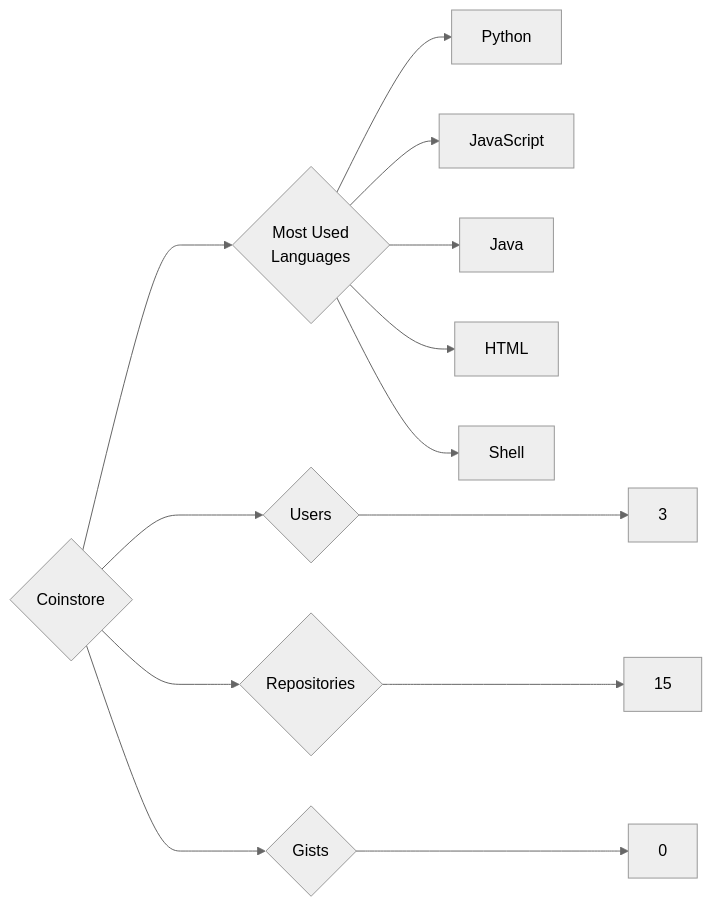
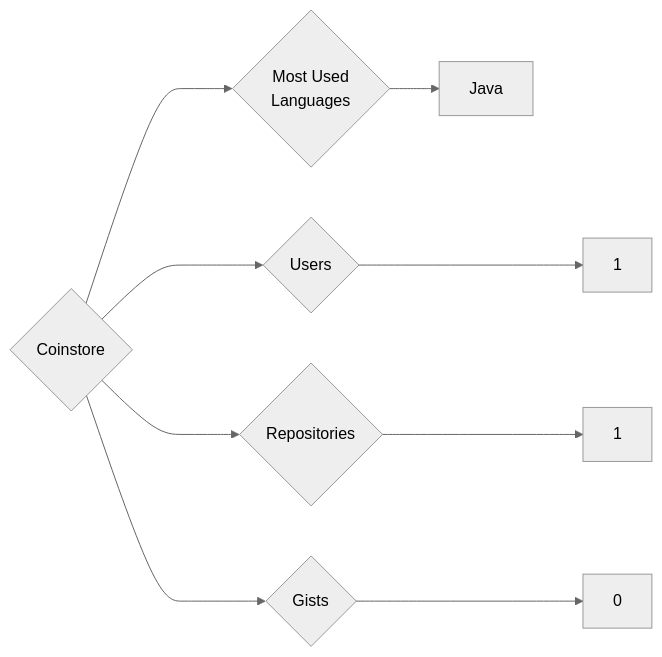
The diagram in targets/Coinstore/README.md (trickest/insiders), drawn with Mermaid (neutral theme) before and after one commit. The commit also changed 912 other files, not shown here.

````diff
--- a/targets/Coinstore/README.md
+++ b/targets/Coinstore/README.md
@@ -3,13 +3,9 @@
 ```mermaid
 graph LR
 COMPANY_NAME{Coinstore}
-COMPANY_NAME ---> U{Users} ---> UN[3]
-COMPANY_NAME ---> R{Repositories} ---> RN[15]
+COMPANY_NAME ---> U{Users} ---> UN[1]
+COMPANY_NAME ---> R{Repositories} ---> RN[1]
 COMPANY_NAME ---> G{Gists} ---> GN[0]
 COMPANY_NAME ---> ML{Most Used<br>Languages}
-ML --> Python[Python]
-ML --> JavaScript[JavaScript]
 ML --> Java[Java]
-ML --> HTML[HTML]
-ML --> Shell[Shell]
 ```
````
